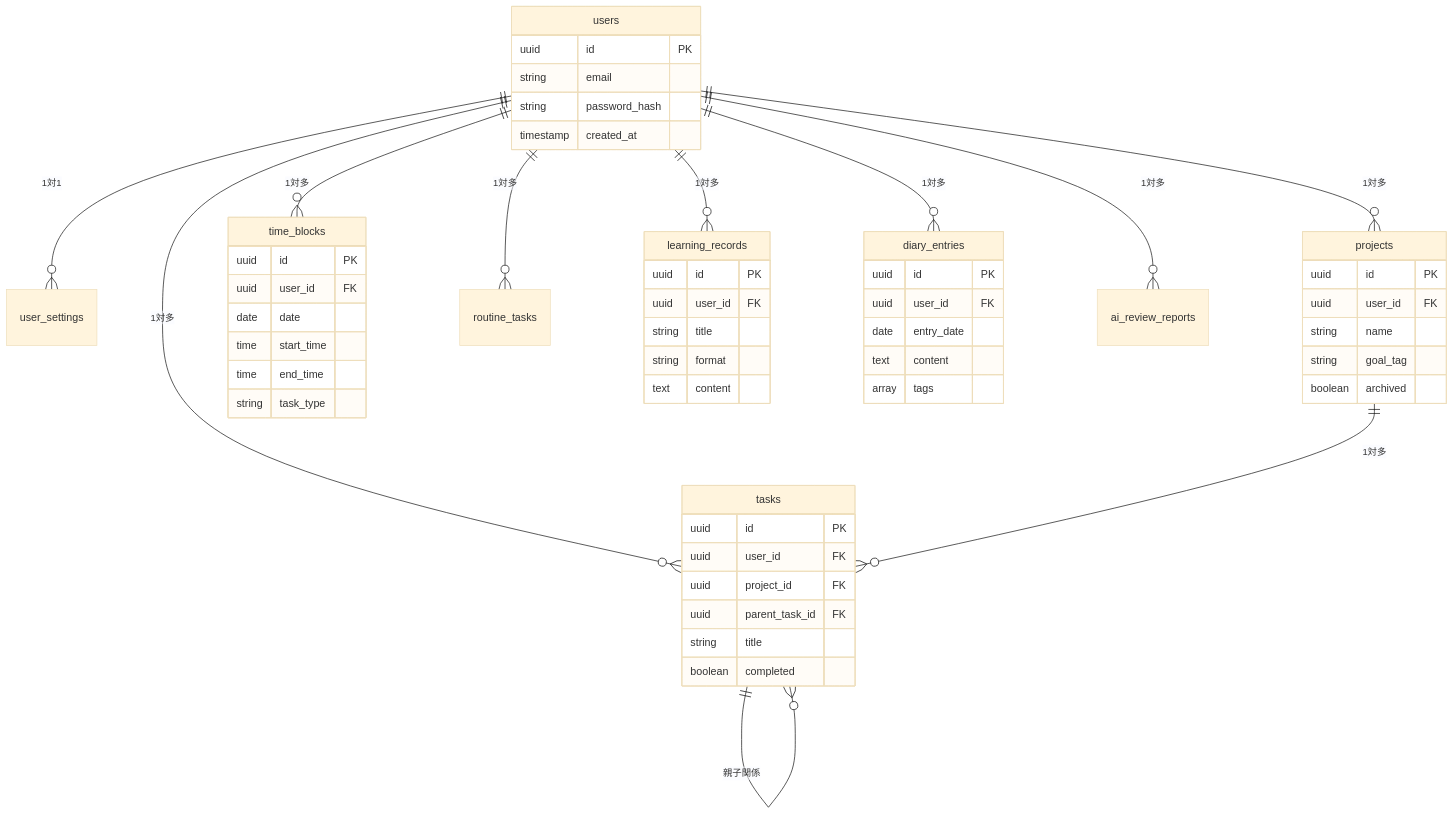
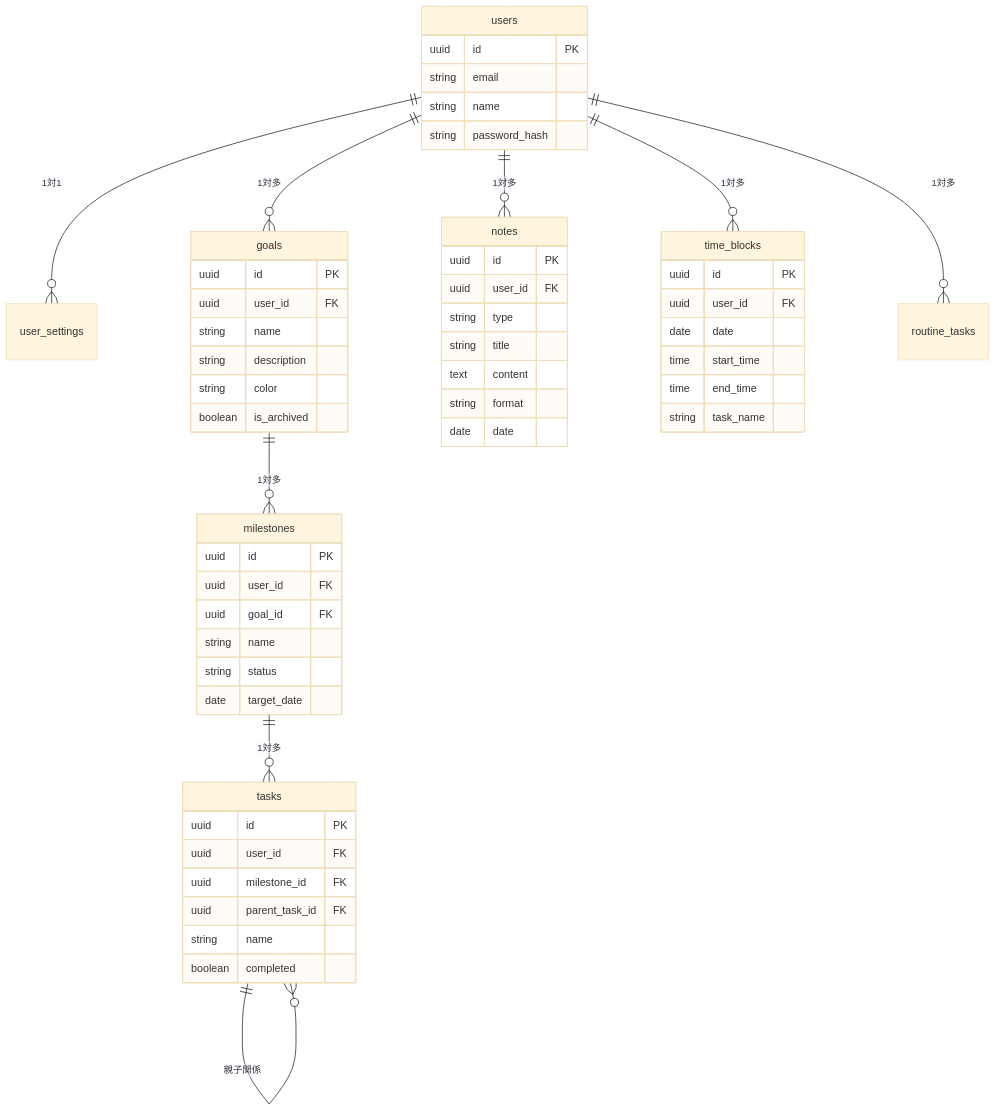
Before and after one commit to yu-min3/kensan: the tenth of 15 diagrams in mydocs/architecture_guide_for_beginners.md, drawn with Mermaid (base theme). The commit also changed other lines of this file and 85 other files, not shown here.

````diff
--- a/mydocs/architecture_guide_for_beginners.md
+++ b/mydocs/architecture_guide_for_beginners.md
@@ -360,63 +453,65 @@
 ```mermaid
 erDiagram
     users ||--o{ user_settings : "1対1"
-    users ||--o{ projects : "1対多"
-    users ||--o{ tasks : "1対多"
+    users ||--o{ goals : "1対多"
+    users ||--o{ notes : "1対多"
     users ||--o{ time_blocks : "1対多"
     users ||--o{ routine_tasks : "1対多"
-    users ||--o{ learning_records : "1対多"
-    users ||--o{ diary_entries : "1対多"
-    users ||--o{ ai_review_reports : "1対多"
 
-    projects ||--o{ tasks : "1対多"
+    goals ||--o{ milestones : "1対多"
+    milestones ||--o{ tasks : "1対多"
     tasks ||--o{ tasks : "親子関係"
 
     users {
         uuid id PK
         string email
+        string name
         string password_hash
-        timestamp created_at
     }
 
-    projects {
+    goals {
         uuid id PK
         uuid user_id FK
         string name
-        string goal_tag
-        boolean archived
+        string description
+        string color
+        boolean is_archived
+    }
+
+    milestones {
+        uuid id PK
+        uuid user_id FK
+        uuid goal_id FK
+        string name
+        string status
+        date target_date
     }
 
     tasks {
         uuid id PK
         uuid user_id FK
-        uuid project_id FK
+        uuid milestone_id FK
         uuid parent_task_id FK
+        string name
+        boolean completed
+    }
+
+    notes {
+        uuid id PK
+        uuid user_id FK
+        string type
         string title
-        boolean completed
+        text content
+        string format
+        date date
     }
 
     time_blocks {
         uuid id PK
         uuid user_id FK
         date date
         time start_time
         time end_time
-        string task_type
-    }
-
-    learning_records {
-        uuid id PK
-        uuid user_id FK
-        string title
-        string format
-        text content
-    }
-
-    diary_entries {
-        uuid id PK
-        uuid user_id FK
-        date entry_date
-        text content
-        array tags
+        string task_name
     }
 ```
````
